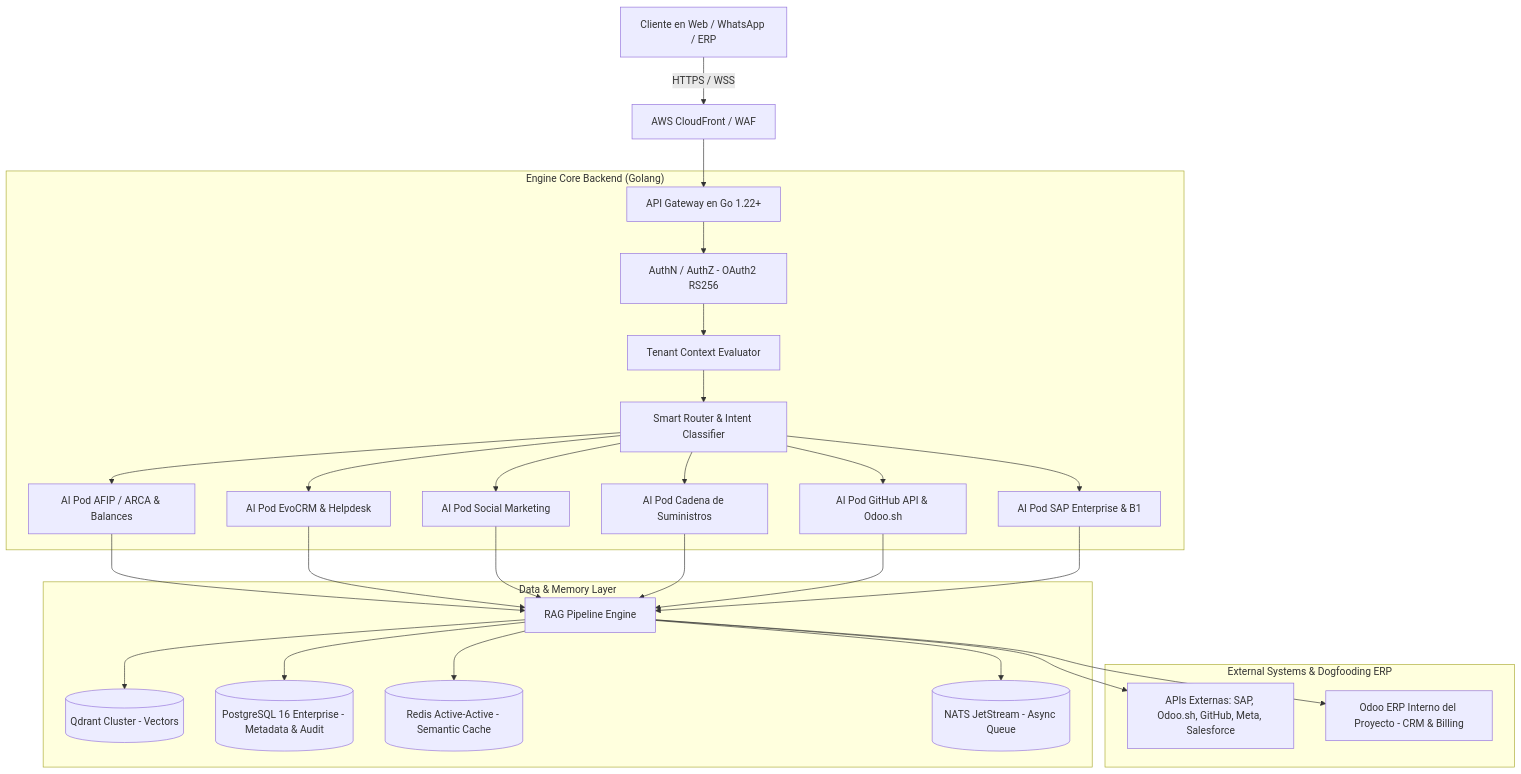
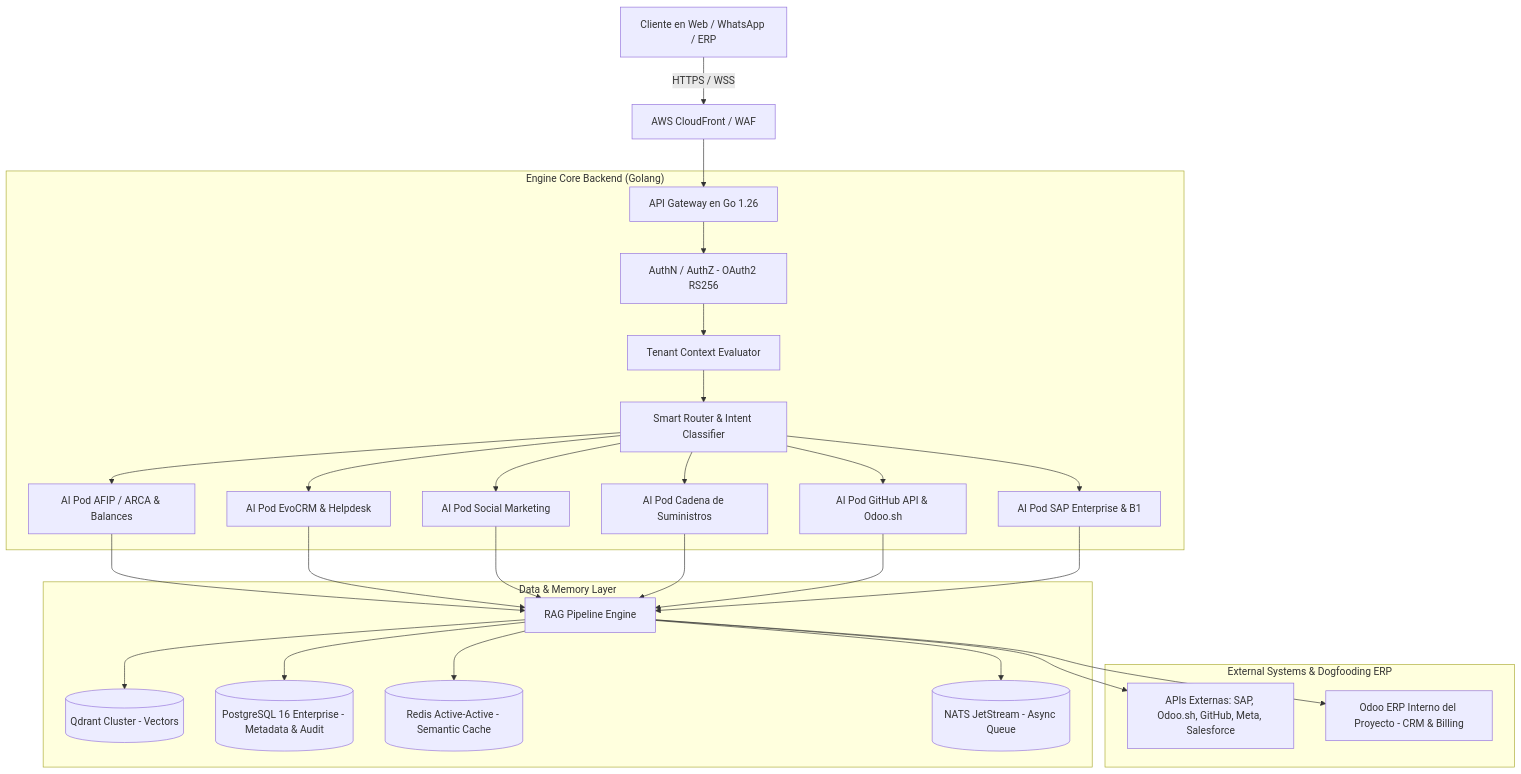
One commit to onlyone-ai-pods/aipods-docs changed the diagram in docs/SDD_MANIFESTO.md. Above: the diagram before and after it, drawn with Mermaid. The commit also changed other lines of this file and 3 other files, not shown here.

````diff
--- a/docs/SDD_MANIFESTO.md
+++ b/docs/SDD_MANIFESTO.md
@@ -39,31 +41,31 @@
 ```mermaid
 graph TD
     User[Cliente en Web / WhatsApp / ERP] -->|HTTPS / WSS| WAF[AWS CloudFront / WAF]
-    WAF --> Gateway[API Gateway en Go 1.22+]
+    WAF --> Gateway[API Gateway en Go 1.26]
     
     subgraph "Engine Core Backend (Golang)"
         Gateway --> Auth[AuthN / AuthZ - OAuth2 RS256]
         Auth --> TenantCtx[Tenant Context Evaluator]
         TenantCtx --> Router[Smart Router & Intent Classifier]
         
         Router --> PodAFIP[AI Pod AFIP / ARCA & Balances]
         Router --> PodEvoCRM[AI Pod EvoCRM & Helpdesk]
         Router --> PodSocial[AI Pod Social Marketing]
         Router --> PodSCM[AI Pod Cadena de Suministros]
         Router --> PodDevOps[AI Pod GitHub API & Odoo.sh]
         Router --> PodSAP[AI Pod SAP Enterprise & B1]
     end
 
     subgraph "Data & Memory Layer"
         PodAFIP & PodEvoCRM & PodSocial & PodSCM & PodDevOps & PodSAP --> RAGEngine[RAG Pipeline Engine]
         RAGEngine --> Qdrant[(Qdrant Cluster - Vectors)]
         RAGEngine --> Postgres[(PostgreSQL 16 Enterprise - Metadata & Audit)]
         RAGEngine --> Redis[(Redis Active-Active - Semantic Cache)]
         RAGEngine --> NATS[(NATS JetStream - Async Queue)]
     end
 
     subgraph "External Systems & Dogfooding ERP"
         RAGEngine --> ExternalAPIs[APIs Externas: SAP, Odoo.sh, GitHub, Meta, Salesforce]
         RAGEngine --> OdooSelf[Odoo ERP Interno del Proyecto - CRM & Billing]
     end
 ```
````
